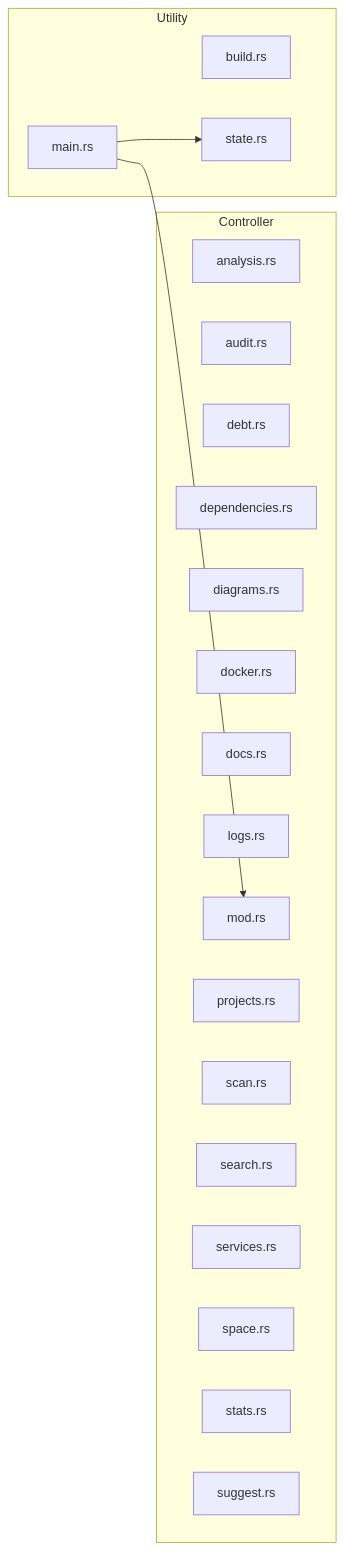
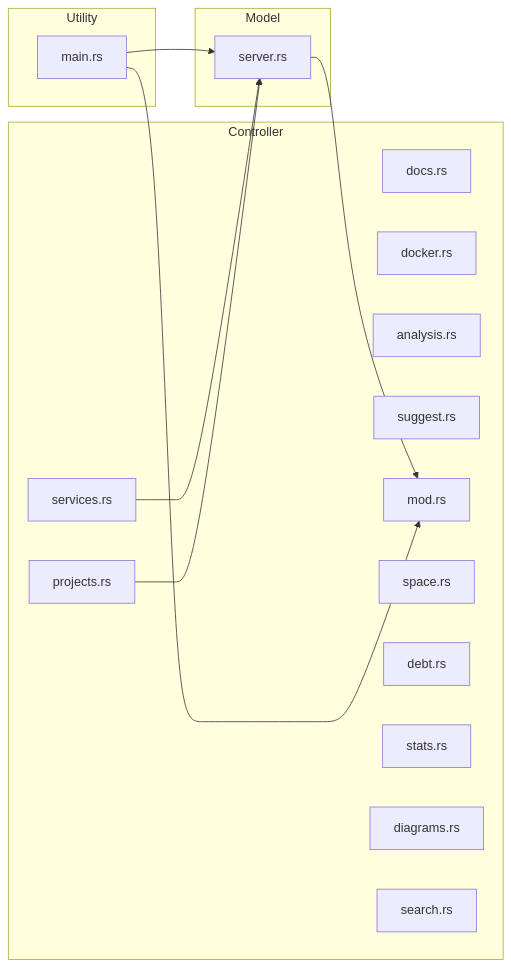
One commit to Mague/void-stack changed the third of 8 diagrams in void-stack-analysis.md. Above: the diagram before and after it, drawn with Mermaid. The commit also changed other lines of this file and 15 other files, not shown here.

````diff
--- a/void-stack-analysis.md
+++ b/void-stack-analysis.md
@@ -1433,28 +772,28 @@
 ```mermaid
 graph LR
     subgraph controller ["Controller"]
-        src_commands_analysis_rs["analysis.rs"]
-        src_commands_audit_rs["audit.rs"]
-        src_commands_debt_rs["debt.rs"]
-        src_commands_dependencies_rs["dependencies.rs"]
-        src_commands_diagrams_rs["diagrams.rs"]
-        src_commands_docker_rs["docker.rs"]
-        src_commands_docs_rs["docs.rs"]
-        src_commands_logs_rs["logs.rs"]
-        src_commands_mod_rs["mod.rs"]
-        src_commands_projects_rs["projects.rs"]
-        src_commands_scan_rs["scan.rs"]
-        src_commands_search_rs["search.rs"]
-        src_commands_services_rs["services.rs"]
-        src_commands_space_rs["space.rs"]
-        src_commands_stats_rs["stats.rs"]
-        src_commands_suggest_rs["suggest.rs"]
+        src_tools_docs_rs["docs.rs"]
+        src_tools_docker_rs["docker.rs"]
+        src_tools_analysis_rs["analysis.rs"]
+        src_tools_suggest_rs["suggest.rs"]
+        src_tools_services_rs["services.rs"]
+        src_tools_mod_rs["mod.rs"]
+        src_tools_space_rs["space.rs"]
+        src_tools_debt_rs["debt.rs"]
+        src_tools_projects_rs["projects.rs"]
+        src_tools_stats_rs["stats.rs"]
+        src_tools_diagrams_rs["diagrams.rs"]
+        src_tools_search_rs["search.rs"]
+    end
+    subgraph model ["Model"]
+        src_server_rs["server.rs"]
     end
     subgraph utility ["Utility"]
-        build_rs["build.rs"]
         src_main_rs["main.rs"]
-        src_state_rs["state.rs"]
     end
-    src_main_rs --> src_commands_mod_rs
-    src_main_rs --> src_state_rs
+    src_tools_services_rs --> src_server_rs
+    src_tools_projects_rs --> src_server_rs
+    src_server_rs --> src_tools_mod_rs
+    src_main_rs --> src_tools_mod_rs
+    src_main_rs --> src_server_rs
 ```
````
